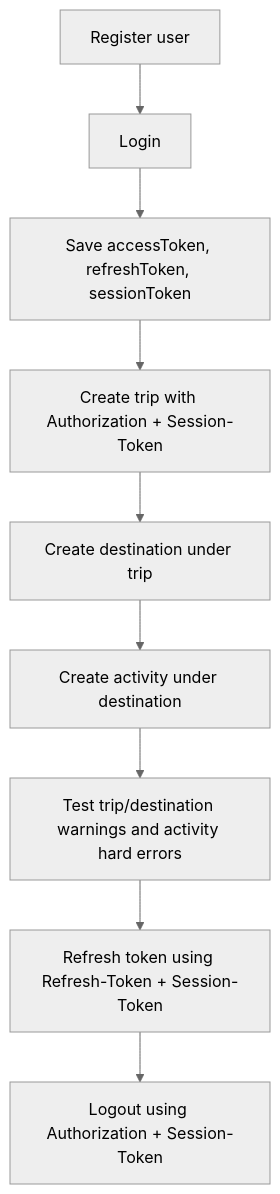
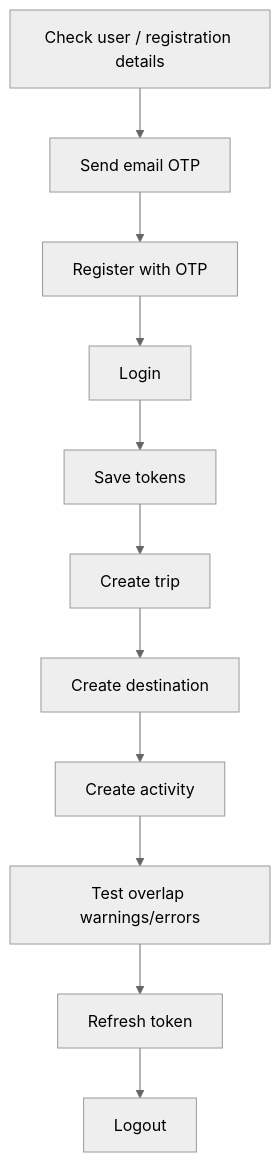
One commit to JustinBui22/wandermate-fullstack changed the diagram in backend/docs/POSTMAN_GUIDE.md. Above: the diagram before and after it, drawn with Mermaid (neutral theme). The commit also changed other lines of this file and 14 other files, not shown here.

````diff
--- a/backend/docs/POSTMAN_GUIDE.md
+++ b/backend/docs/POSTMAN_GUIDE.md
@@ -57,11 +69,13 @@
 ```mermaid
 flowchart TD
-    A[Register user] --> B[Login]
-    B --> C[Save accessToken, refreshToken, sessionToken]
-    C --> D[Create trip with Authorization + Session-Token]
-    D --> E[Create destination under trip]
-    E --> F[Create activity under destination]
-    F --> G[Test trip/destination warnings and activity hard errors]
-    G --> H[Refresh token using Refresh-Token + Session-Token]
-    H --> I[Logout using Authorization + Session-Token]
+    A[Check user / registration details] --> B[Send email OTP]
+    B --> C[Register with OTP]
+    C --> D[Login]
+    D --> E[Save tokens]
+    E --> F[Create trip]
+    F --> G[Create destination]
+    G --> H[Create activity]
+    H --> I[Test overlap warnings/errors]
+    I --> J[Refresh token]
+    J --> K[Logout]
 ```
````
